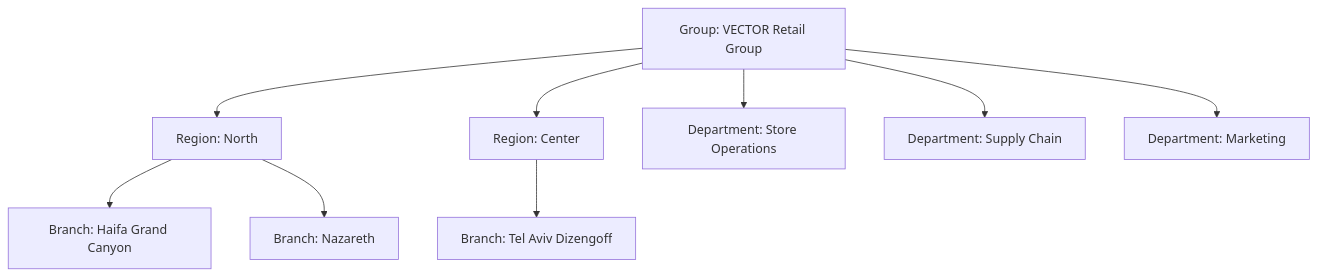
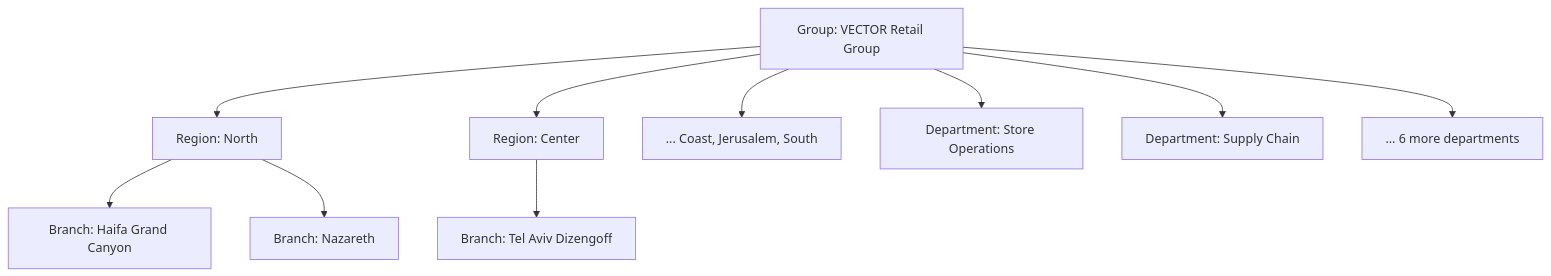
The first of 6 diagrams in docs/specs/domain-model.md (eranganot/Vector), drawn with Mermaid before and after one commit. The commit also changed other lines of this file and 36 other files, not shown here.

````diff
--- a/docs/specs/domain-model.md
+++ b/docs/specs/domain-model.md
@@ -12,11 +13,12 @@
 ```mermaid
 graph TD
   G[Group: VECTOR Retail Group] --> R1[Region: North]
   G --> R2[Region: Center]
+  G --> Rn[... Coast, Jerusalem, South]
   G --> D1[Department: Store Operations]
   G --> D2[Department: Supply Chain]
-  G --> D3[Department: Marketing]
+  G --> Dn[... 6 more departments]
   R1 --> B1[Branch: Haifa Grand Canyon]
   R1 --> B2[Branch: Nazareth]
   R2 --> B3[Branch: Tel Aviv Dizengoff]
 ```
````
